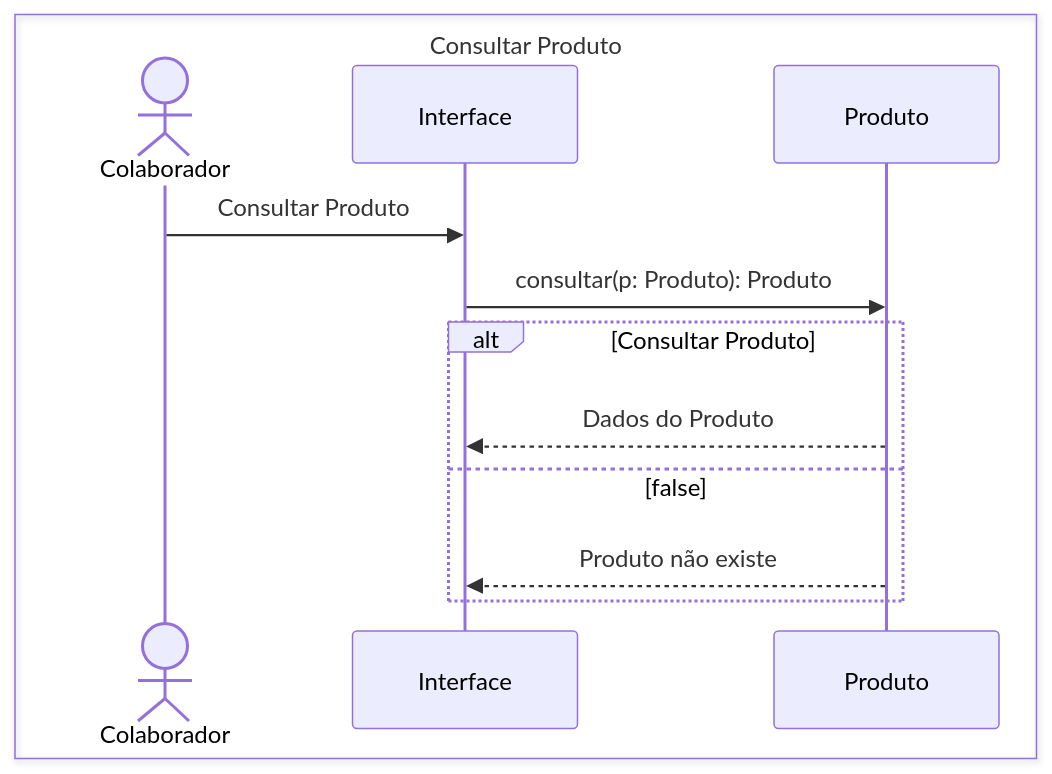
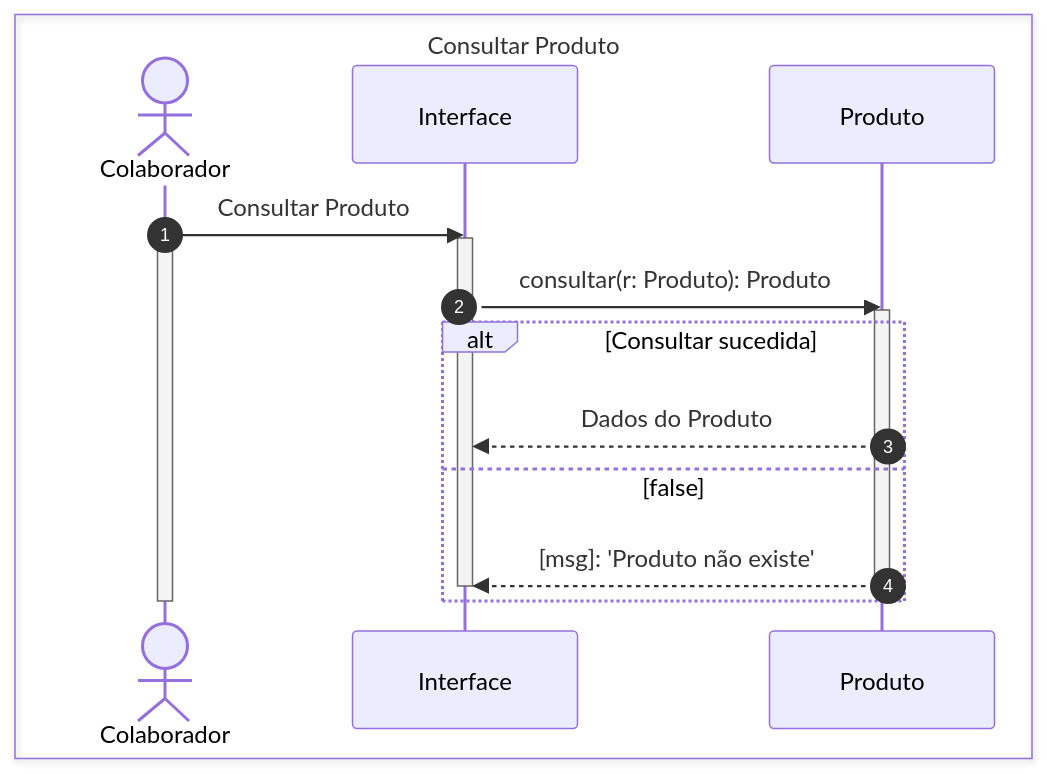
One commit to anderson-gpc/colab changed the first of 4 diagrams in DS_Manter_Produto.md. Above: the diagram before and after it, drawn with Mermaid. The commit also changed other lines of this file, not shown here.

````diff
--- a/DS_Manter_Produto.md
+++ b/DS_Manter_Produto.md
@@ -1,17 +2,24 @@
 ```mermaid
 sequenceDiagram
+    autonumber
     box Consultar Produto
         actor Colaborador
         participant Interface
         participant Produto
     end
 
     Colaborador->>Interface: Consultar Produto
-    Interface->>Produto: consultar(p: Produto): Produto
-   
-    alt Consultar Produto
+    activate Colaborador
+    activate Interface
+    Interface->>Produto: consultar(r: Produto): Produto
+    activate Produto
+
+    alt Consultar sucedida
         Produto-->>Interface: Dados do Produto
     else false
-        Produto-->>Interface: Produto não existe
+        Produto-->>Interface: [msg]: 'Produto não existe'
+        deactivate Produto
+        deactivate Interface
     end
+    deactivate Colaborador
 ```
````
